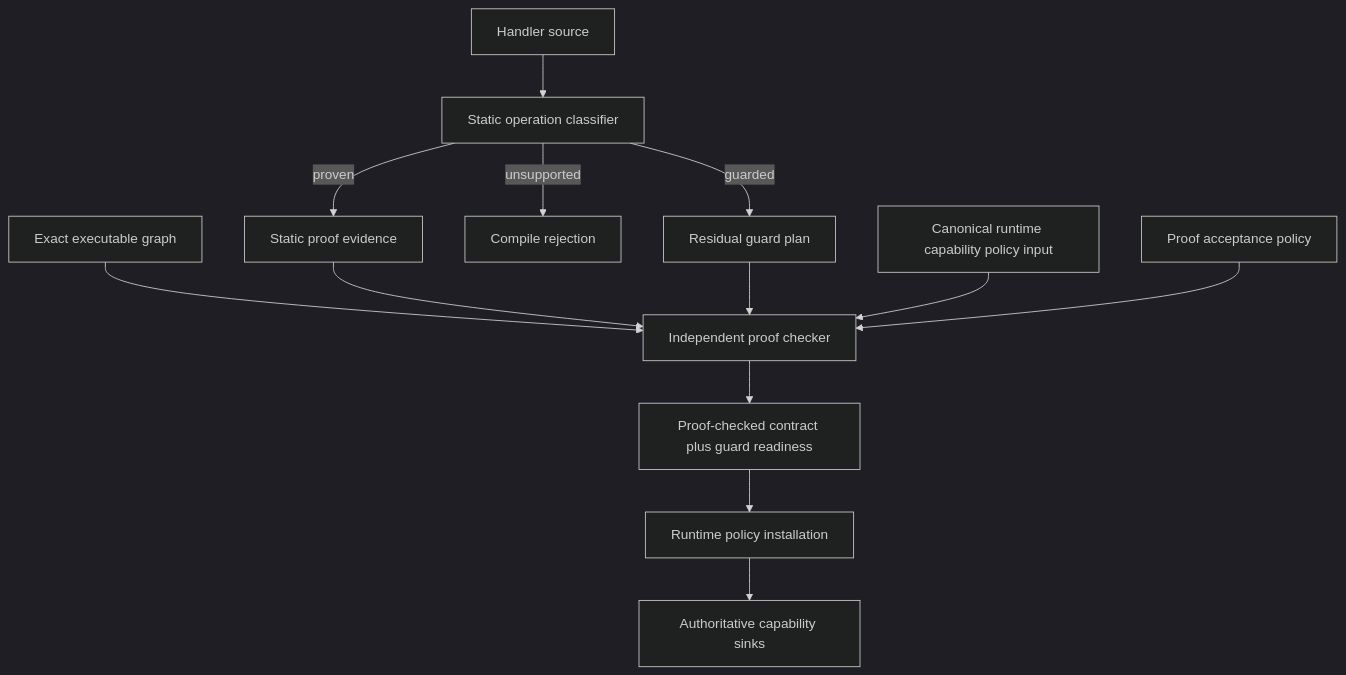
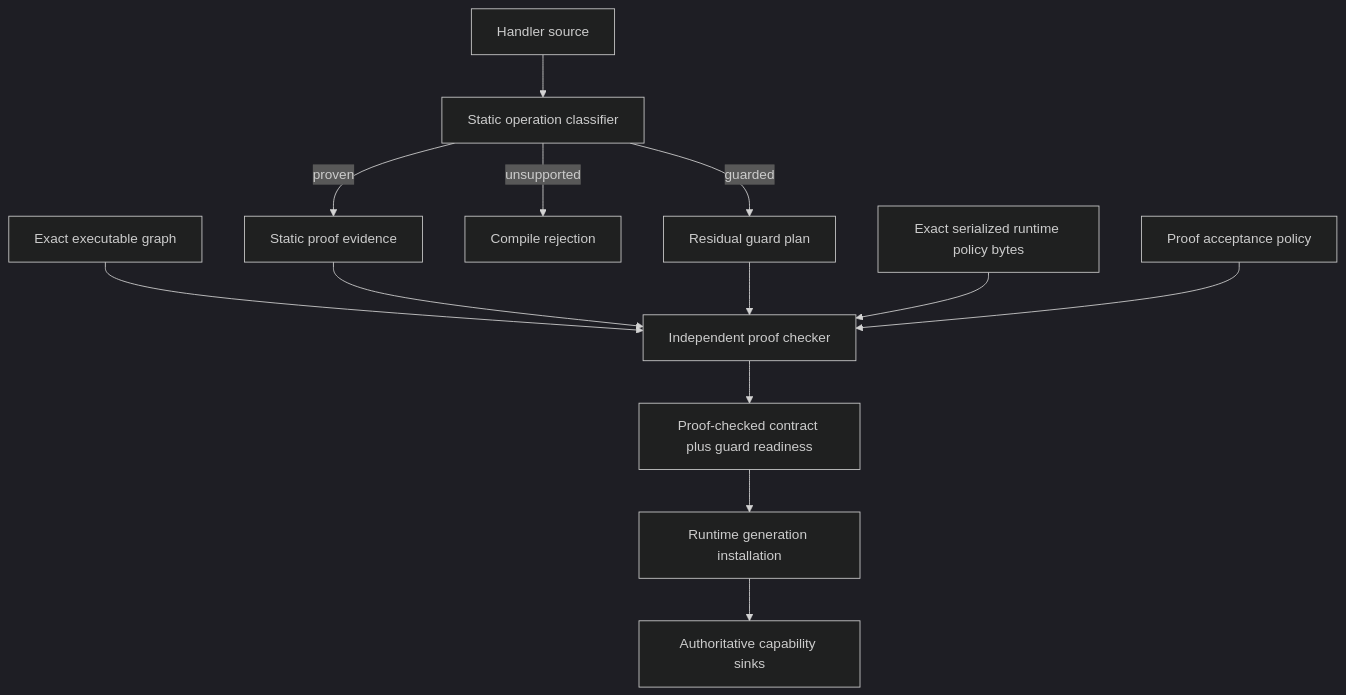
One commit to srdjan/zttp changed the first of 5 diagrams in docs/plans/2026-08-31-1242-feat-residual-runtime-guard-addendum-plan.md. Above: the diagram before and after it, drawn with Mermaid (dark theme). The commit also changed other lines of this file, not shown here.

````diff
--- a/docs/plans/2026-08-31-1242-feat-residual-runtime-guard-addendum-plan.md
+++ b/docs/plans/2026-08-31-1242-feat-residual-runtime-guard-addendum-plan.md
@@ -199,15 +289,15 @@
 ```mermaid
 flowchart TB
   Source[Handler source] --> Classifier[Static operation classifier]
   Classifier -->|proven| StaticEvidence[Static proof evidence]
   Classifier -->|guarded| GuardPlan[Residual guard plan]
   Classifier -->|unsupported| Reject[Compile rejection]
   Artifact[Exact executable graph] --> Checker[Independent proof checker]
   StaticEvidence --> Checker
   GuardPlan --> Checker
-  RuntimePolicy[Canonical runtime capability policy input] --> Checker
+  RuntimePolicy[Exact serialized runtime policy bytes] --> Checker
   AcceptancePolicy[Proof acceptance policy] --> Checker
   Checker --> Contract[Proof-checked contract plus guard readiness]
-  Contract --> Runtime[Runtime policy installation]
+  Contract --> Runtime[Runtime generation installation]
   Runtime --> Sinks[Authoritative capability sinks]
 ```
````
